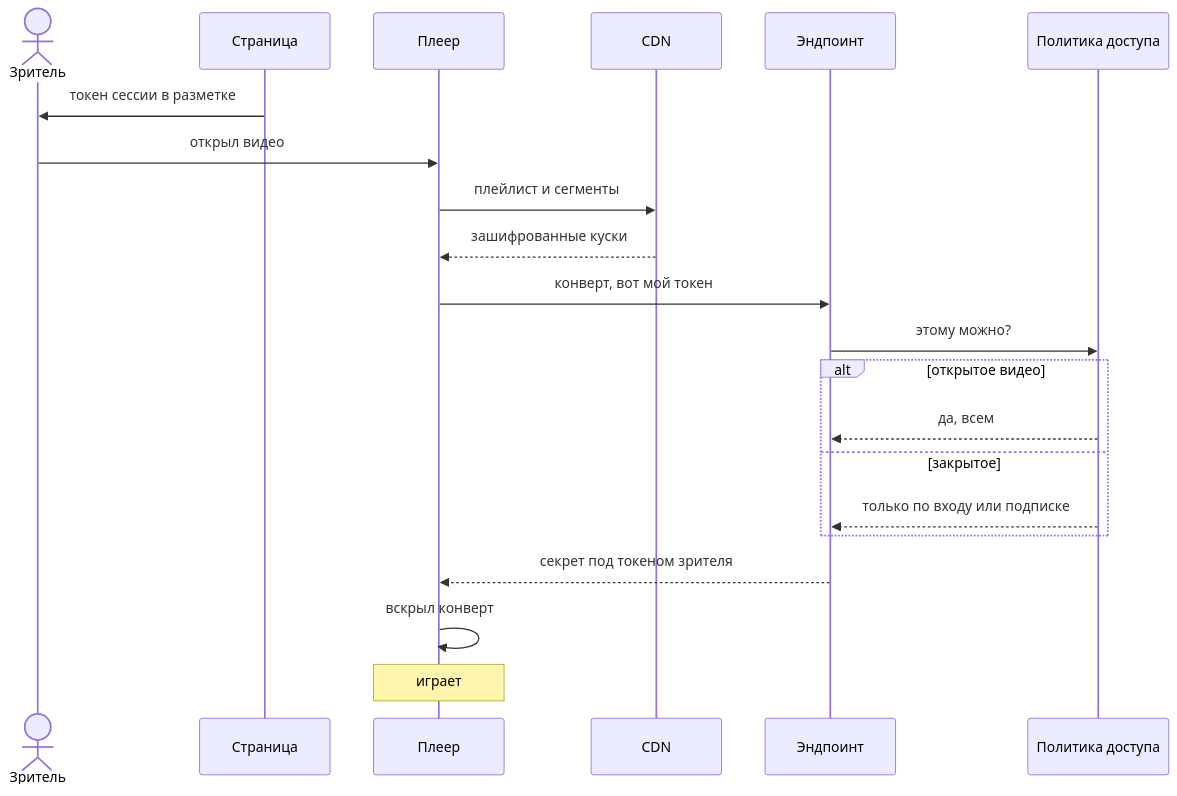
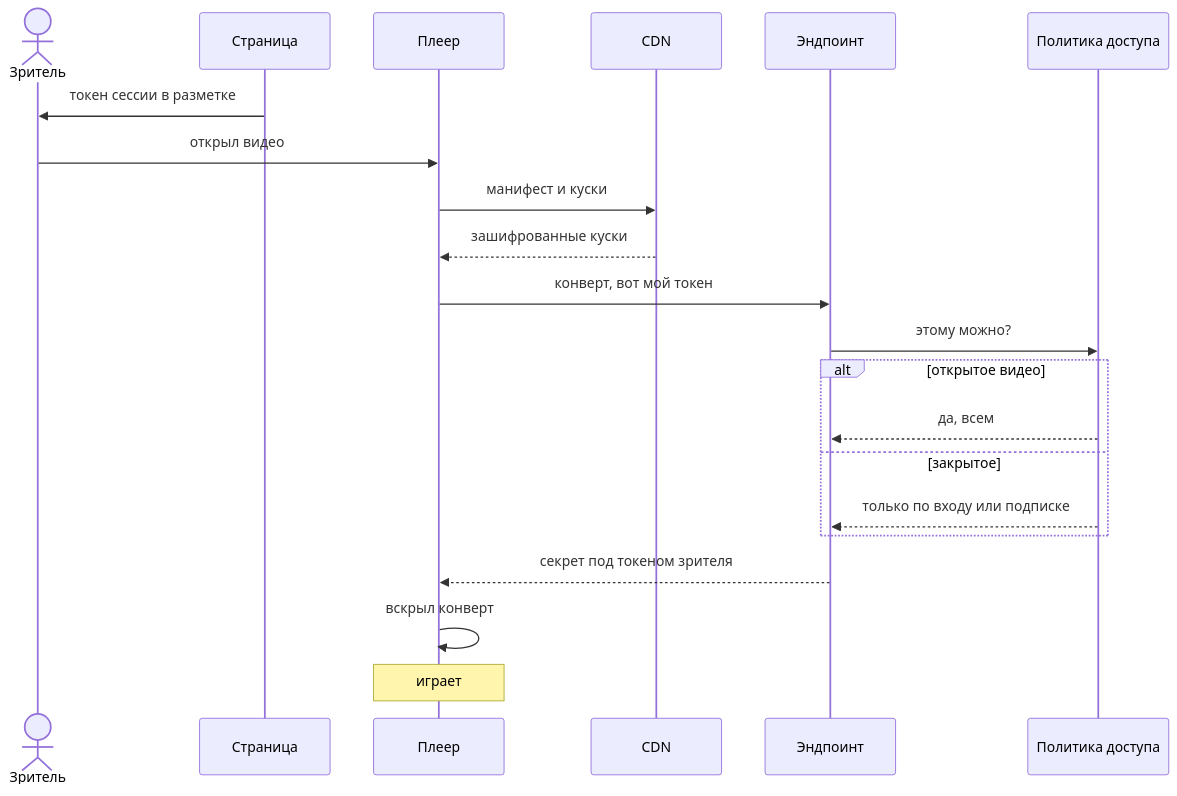
One commit to Vovanda/WebHolyGrail changed the fifth of 7 diagrams in docs/whg/39-video.md. Above: the diagram before and after it, drawn with Mermaid. The commit also changed other lines of this file and 14 other files, not shown here.

````diff
--- a/docs/whg/39-video.md
+++ b/docs/whg/39-video.md
@@ -172,24 +172,24 @@
 ```mermaid
 sequenceDiagram
     actor Зритель
     participant Страница
     participant Плеер
     participant CDN
     participant Эндпоинт
     participant Политика as Политика доступа
 
     Страница->>Зритель: токен сессии в разметке
     Зритель->>Плеер: открыл видео
-    Плеер->>CDN: плейлист и сегменты
+    Плеер->>CDN: манифест и куски
     CDN-->>Плеер: зашифрованные куски
     Плеер->>Эндпоинт: конверт, вот мой токен
     Эндпоинт->>Политика: этому можно?
     alt открытое видео
         Политика-->>Эндпоинт: да, всем
     else закрытое
         Политика-->>Эндпоинт: только по входу или подписке
     end
     Эндпоинт-->>Плеер: секрет под токеном зрителя
     Плеер->>Плеер: вскрыл конверт
     Note over Плеер: играет
 ```
````
